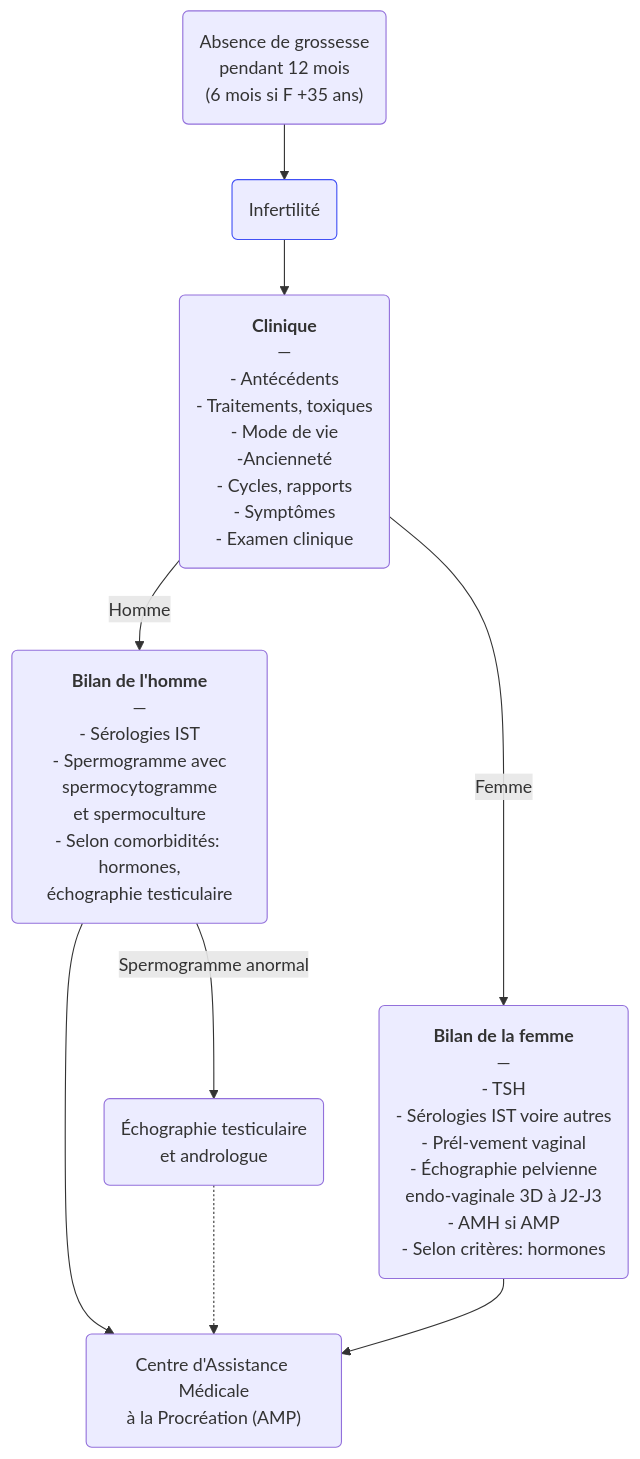
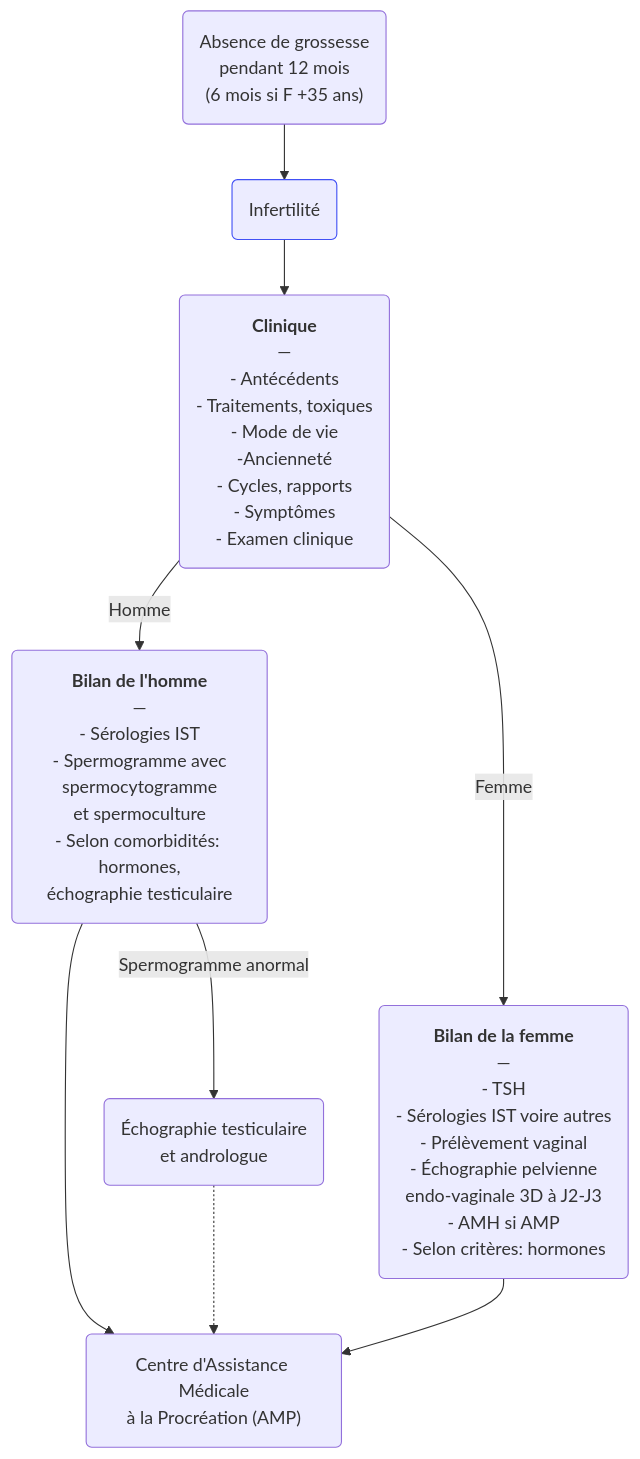
One commit to djibe/recommandations-medicales changed the diagram in content/recommandations/infertilite-couple.md. Above: the diagram before and after it, drawn with Mermaid. The commit also changed 15 other files, not shown here.

```diff
--- a/content/recommandations/infertilite-couple.md
+++ b/content/recommandations/infertilite-couple.md
@@ -259,7 +259,7 @@
 {{< mermaid title="Prise en charge de l'infertilité du couple. Drs Alaedine Benani et JB Fron d'après CNGOF et ESHRE 2023, AFU">}}
 graph TB
   grossesse("Absence de grossesse<br>pendant 12 mois<br>(6 mois si F +35 ans)") --> diagnostic(Infertilité) --> clinique("<b>Clinique</b><br>—<br>- Antécédents<br>- Traitements, toxiques<br>- Mode de vie<br>-Ancienneté<br>- Cycles, rapports<br>- Symptômes<br>- Examen clinique") -- Homme --> bilan("<b>Bilan de l'homme</b><br>—<br>- Sérologies IST<br>- Spermogramme avec<br>spermocytogramme<br>et spermoculture<br>- Selon comorbidités: hormones,<br>échographie testiculaire") --> AMP("Centre d'Assistance Médicale<br>à la Procréation (AMP)")
     bilan -- Spermogramme anormal --> andrologue("Échographie testiculaire<br>et andrologue") -.-> AMP
   style diagnostic stroke:#4150f5, stroke-width:1px
-    clinique -- Femme --> bilanFemme("<b>Bilan de la femme</b><br>—<br>- TSH<br>- Sérologies IST voire autres<br>- Prél-vement vaginal<br>- Échographie pelvienne<br>endo-vaginale 3D à J2-J3<br>- AMH si AMP<br>- Selon critères: hormones") --> AMP
+    clinique -- Femme --> bilanFemme("<b>Bilan de la femme</b><br>—<br>- TSH<br>- Sérologies IST voire autres<br>- Prélèvement vaginal<br>- Échographie pelvienne<br>endo-vaginale 3D à J2-J3<br>- AMH si AMP<br>- Selon critères: hormones") --> AMP
 {{< /mermaid >}}
```
